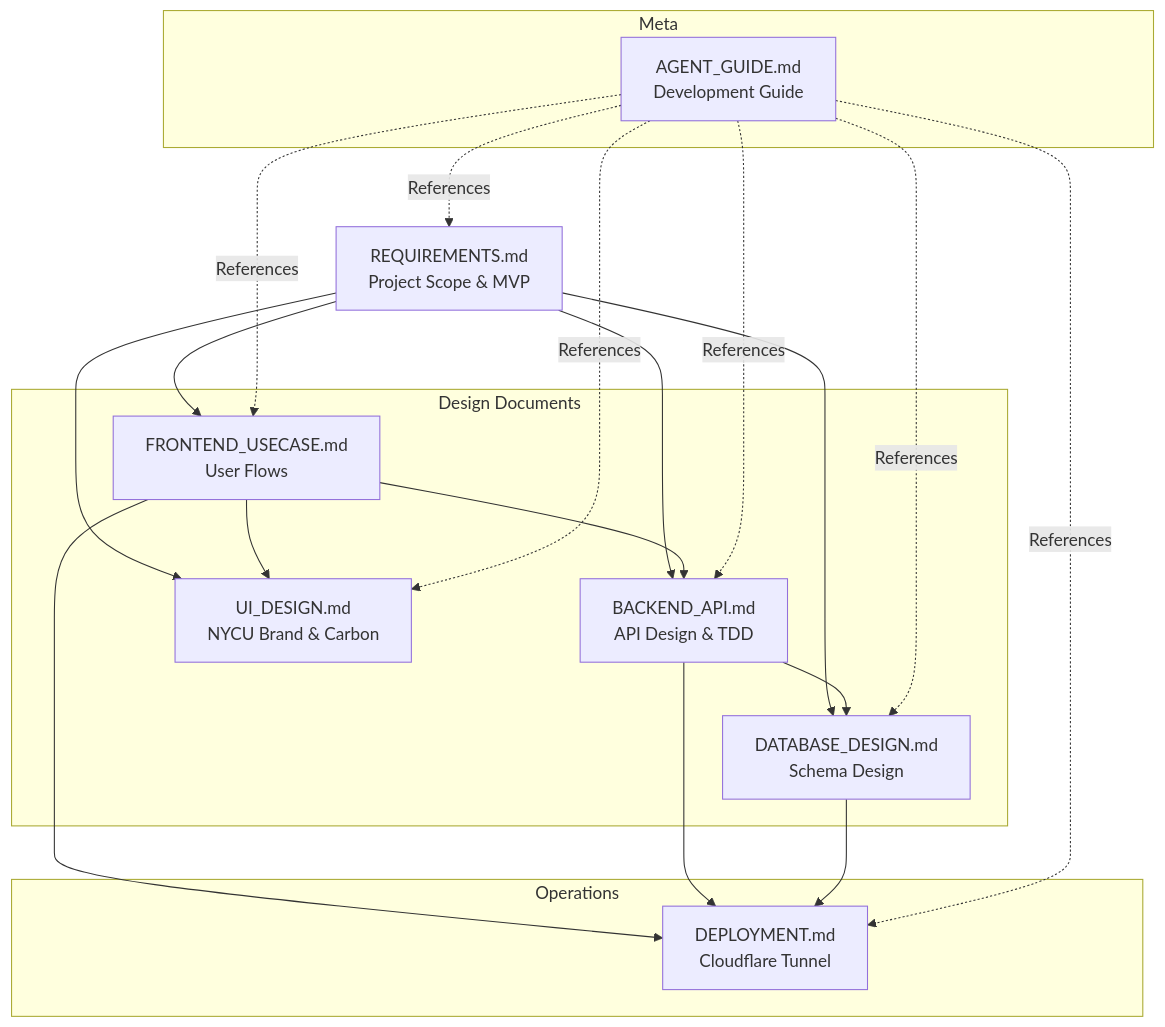
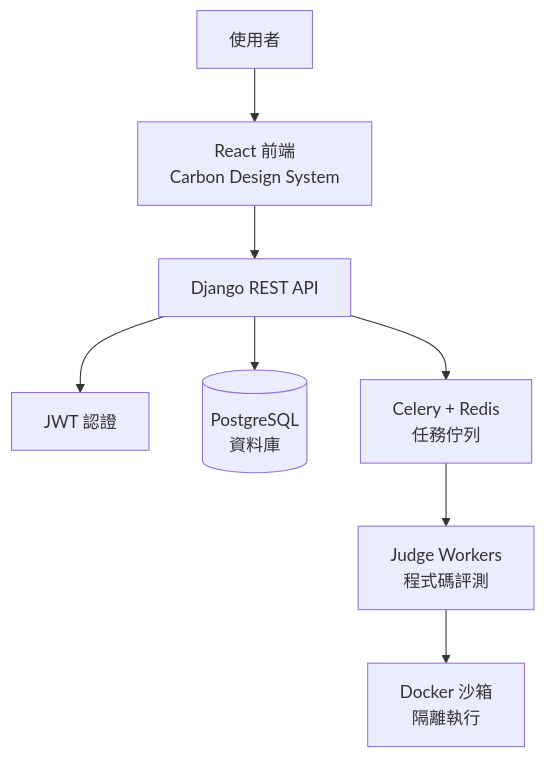
Before and after one commit to quan0715/QJudge: the diagram in README.md, drawn with Mermaid. The commit also changed other lines of this file and 2 other files, not shown here.

````diff
--- a/README.md
+++ b/README.md
@@ -64,39 +120,10 @@
 ```mermaid
 graph TB
-    REQ[REQUIREMENTS.md<br/>Project Scope & MVP]
-    
-    subgraph "Design Documents"
-        FE[FRONTEND_USECASE.md<br/>User Flows]
-        BE[BACKEND_API.md<br/>API Design & TDD]
-        DB[DATABASE_DESIGN.md<br/>Schema Design]
-        UI[UI_DESIGN.md<br/>NYCU Brand & Carbon]
-    end
-    
-    subgraph "Operations"
-        DEPLOY[DEPLOYMENT.md<br/>Cloudflare Tunnel]
-    end
-    
-    subgraph "Meta"
-        GUIDE[AGENT_GUIDE.md<br/>Development Guide]
-    end
-    
-    REQ --> FE
-    REQ --> BE
-    REQ --> DB
-    REQ --> UI
-    
-    FE --> UI
-    FE --> BE
-    BE --> DB
-    
-    FE --> DEPLOY
-    BE --> DEPLOY
-    DB --> DEPLOY
-    
-    GUIDE -.References.-> REQ
-    GUIDE -.References.-> FE
-    GUIDE -.References.-> BE
-    GUIDE -.References.-> DB
-    GUIDE -.References.-> UI
-    GUIDE -.References.-> DEPLOY
+    User[使用者] --> Frontend[React 前端<br/>Carbon Design System]
+    Frontend --> API[Django REST API]
+    API --> Auth[JWT 認證]
+    API --> DB[(PostgreSQL<br/>資料庫)]
+    API --> Queue[Celery + Redis<br/>任務佇列]
+    Queue --> Judge[Judge Workers<br/>程式碼評測]
+    Judge --> Sandbox[Docker 沙箱<br/>隔離執行]
 ```
````
